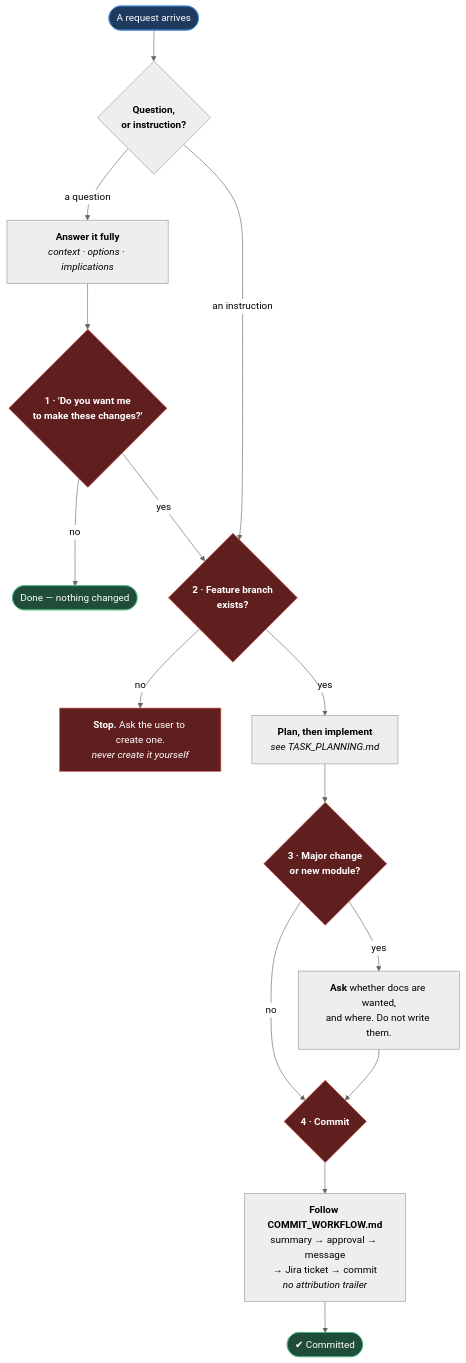
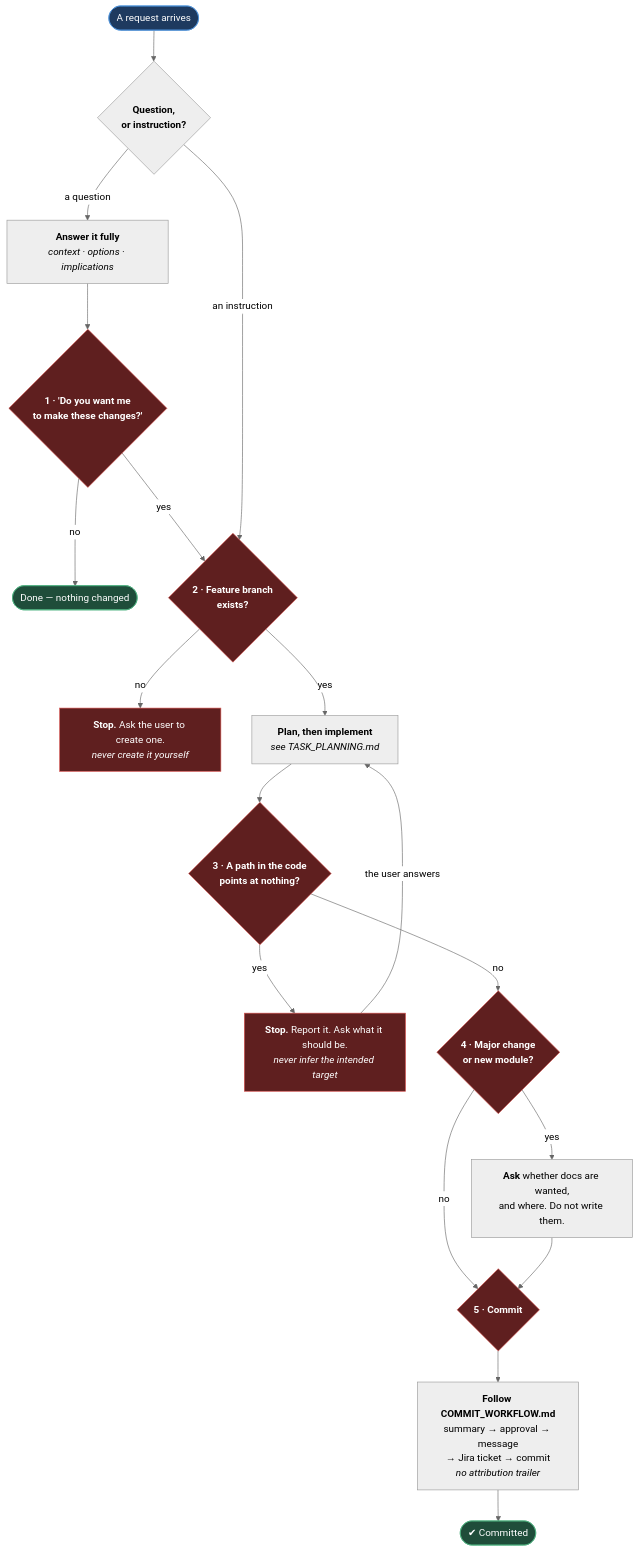
The diagram in docs/03-rules/AGENT_RULES.md (sinugotshifhiwa4/playwright-ts-automation-framework-codebase), drawn with Mermaid (neutral theme) before and after one commit. The commit also changed other lines of this file and 2 other files, not shown here.

First line of the commit message:
docs(rules): add the never-guess-a-broken-path gate

````diff
--- a/docs/03-rules/AGENT_RULES.md
+++ b/docs/03-rules/AGENT_RULES.md
@@ -37,30 +38,36 @@
 ```mermaid
 flowchart TD
     REQ(["A request arrives"]) --> KIND{"<b>Question,<br/>or instruction?</b>"}
 
     KIND -->|"a question"| ANSWER["<b>Answer it fully</b><br/><i>context · options · implications</i>"]
     ANSWER --> ASK1{"<b>1 · 'Do you want me<br/>to make these changes?'</b>"}
     ASK1 -->|"no"| STOP1(["Done — nothing changed"])
     ASK1 -->|"yes"| BRANCH
 
     KIND -->|"an instruction"| BRANCH{"<b>2 · Feature branch<br/>exists?</b>"}
     BRANCH -->|"no"| STOP2["<b>Stop.</b> Ask the user to create one.<br/><i>never create it yourself</i>"]
     BRANCH -->|"yes"| WORK["<b>Plan, then implement</b><br/><i>see TASK_PLANNING.md</i>"]
 
-    WORK --> DOCS{"<b>3 · Major change<br/>or new module?</b>"}
+    WORK --> PATH{"<b>3 · A path in the code<br/>points at nothing?</b>"}
+    PATH -->|"yes"| STOP3["<b>Stop.</b> Report it. Ask what it should be.<br/><i>never infer the intended target</i>"]
+    STOP3 -->|"the user answers"| WORK
+    PATH -->|"no"| DOCS{"<b>4 · Major change<br/>or new module?</b>"}
+
     DOCS -->|"yes"| ASK_DOCS["<b>Ask</b> whether docs are wanted,<br/>and where. Do not write them."]
     DOCS -->|"no"| COMMIT
-    ASK_DOCS --> COMMIT{"<b>4 · Commit</b>"}
+    ASK_DOCS --> COMMIT{"<b>5 · Commit</b>"}
 
     COMMIT --> GATES["<b>Follow COMMIT_WORKFLOW.md</b><br/>summary → approval → message<br/>→ Jira ticket → commit<br/><i>no attribution trailer</i>"]
     GATES --> DONE(["✔ Committed"])
 
     style REQ fill:#1e3a5f,stroke:#4a90d9,color:#fff
     style DONE fill:#1f4d3a,stroke:#4caf7d,color:#fff
     style STOP1 fill:#1f4d3a,stroke:#4caf7d,color:#fff
     style ASK1 fill:#5f1f1f,stroke:#d9534f,color:#fff
     style BRANCH fill:#5f1f1f,stroke:#d9534f,color:#fff
+    style PATH fill:#5f1f1f,stroke:#d9534f,color:#fff
     style DOCS fill:#5f1f1f,stroke:#d9534f,color:#fff
     style COMMIT fill:#5f1f1f,stroke:#d9534f,color:#fff
     style STOP2 fill:#5f1f1f,stroke:#d9534f,color:#fff
+    style STOP3 fill:#5f1f1f,stroke:#d9534f,color:#fff
 ```
````
